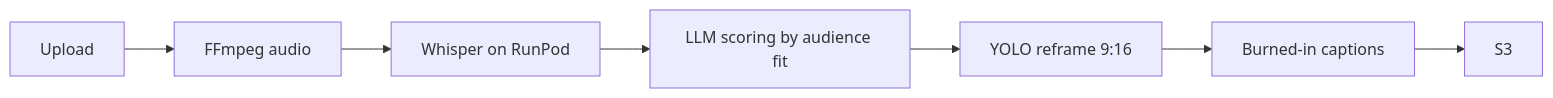
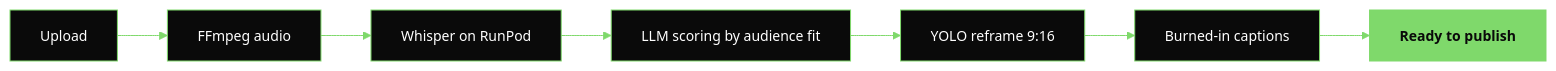
Before and after one commit to kleniobraz/kleniobraz: the diagram in README.md, drawn with Mermaid. The commit also changed other lines of this file, not shown here.

````diff
--- a/README.md
+++ b/README.md
@@ -17,9 +17,12 @@
 ```mermaid
+%%{init: {'theme':'base','themeVariables':{'primaryColor':'#0A0A0A','primaryTextColor':'#FFFFFF','primaryBorderColor':'#7FD96B','lineColor':'#7FD96B','fontFamily':'monospace','fontSize':'14px'}}}%%
 flowchart LR
   A[Upload] --> B[FFmpeg audio]
   B --> C[Whisper on RunPod]
   C --> D[LLM scoring by audience fit]
   D --> E[YOLO reframe 9:16]
   E --> F[Burned-in captions]
-  F --> G[S3]
+  F --> G[Ready to publish]
+  classDef ship fill:#7FD96B,color:#0A0A0A,stroke:#7FD96B,font-weight:bold
+  class G ship
 ```
````
